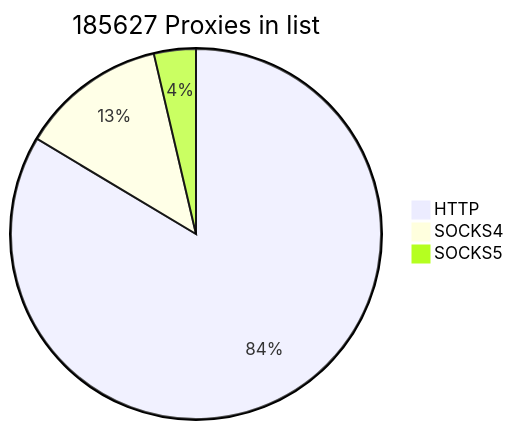
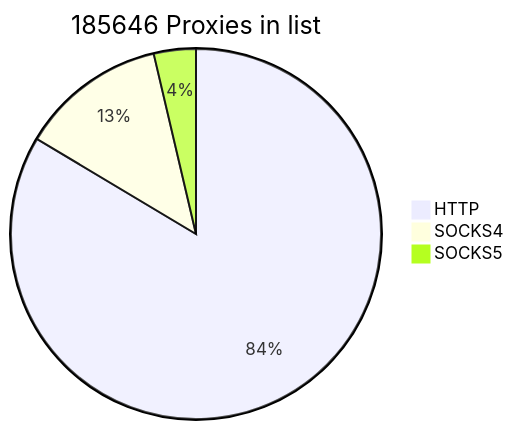
One commit to cutipu/proxylist changed the first of 2 diagrams in README.md. Above: the diagram before and after it, drawn with Mermaid. The commit also changed other lines of this file, not shown here.

````diff
--- a/README.md
+++ b/README.md
@@ -2,7 +2,7 @@
 ```mermaid
-pie title 185627 Proxies in list
+pie title 185646 Proxies in list
     "HTTP" : 155156
     "SOCKS4" : 23679
-    "SOCKS5" : 6792
+    "SOCKS5" : 6811
             
 ```
````
